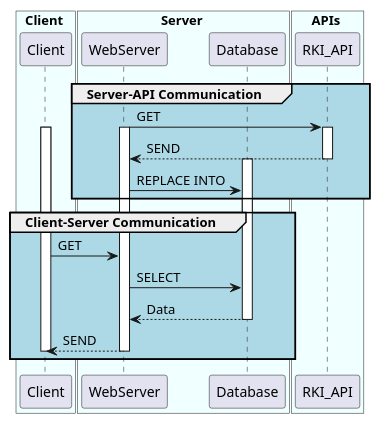
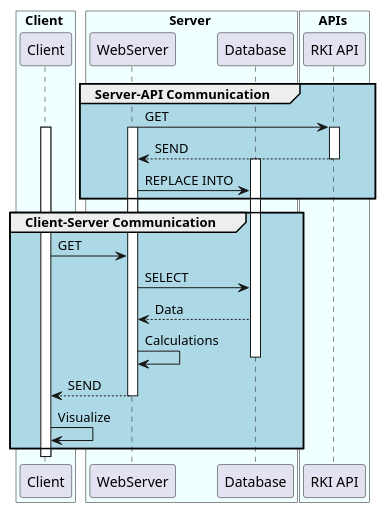
One commit to FelixGeisler/CoronaDashboard changed the second of 2 diagrams in docs/uml.md. Above: the diagram before and after it, drawn with PlantUML. The commit also changed other lines of this file and 1 other file, not shown here.

Commit message:
Update Readme.md and uml.md.

````diff
--- a/docs/uml.md
+++ b/docs/uml.md
@@ -28,36 +28,37 @@
 ```plantuml
 box Client #azure
 participant Client
 end box
 
 box Server #azure
 participant WebServer
 participant Database
 end box
 
 box APIs #azure
-participant RKI_API
+participant "RKI API"
 end box
 
 Group #LightBlue Server-API Communication
-WebServer -> RKI_API: GET
+WebServer -> "RKI API": GET
 activate WebServer
 activate Client
-activate RKI_API
-RKI_API --> WebServer: SEND
-deactivate RKI_API
+activate "RKI API"
+"RKI API" --> WebServer: SEND
+deactivate "RKI API"
 activate Database
 WebServer -> Database: REPLACE INTO
 end
 
 Group #LightBlue Client-Server Communication
 activate Client
 Client -> WebServer: GET
 WebServer -> Database: SELECT
 Database --> WebServer: Data
+WebServer -> WebServer: Calculations
 deactivate Database 
 WebServer --> Client: SEND
-deactivate Client
 deactivate WebServer
+Client -> Client: Visualize
 end
 ```
````
